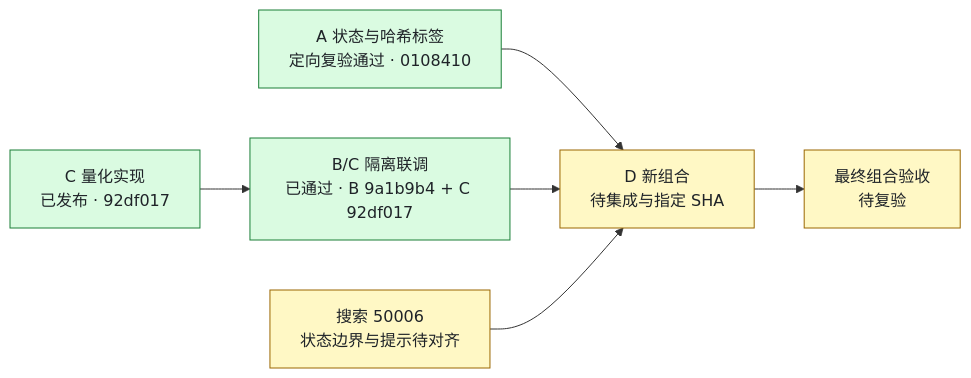
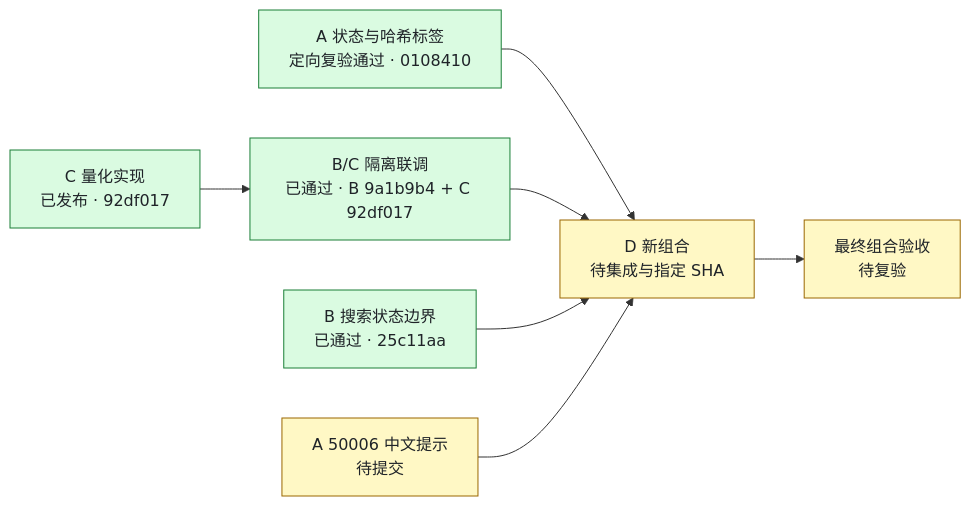
Before and after one commit to 27ye/ai-quant-platform: the diagram in docs/C_PROGRESS.md, drawn with Mermaid. The commit also changed other lines of this file and 7 other files, not shown here.

````diff
--- a/docs/C_PROGRESS.md
+++ b/docs/C_PROGRESS.md
@@ -9,12 +9,13 @@
 ```mermaid
 flowchart LR
     C["C 量化实现<br/>已发布 · 92df017"] --> BC["B/C 隔离联调<br/>已通过 · B 9a1b9b4 + C 92df017"]
     A["A 状态与哈希标签<br/>定向复验通过 · 0108410"] --> D["D 新组合<br/>待集成与指定 SHA"]
     BC --> D
-    S["搜索 50006<br/>状态边界与提示待对齐"] --> D
+    S["B 搜索状态边界<br/>已通过 · 25c11aa"] --> D
+    P["A 50006 中文提示<br/>待提交"] --> D
     D --> F["最终组合验收<br/>待复验"]
     classDef done fill:#dafbe1,stroke:#1a7f37,color:#1f2328
     classDef pending fill:#fff8c5,stroke:#9a6700,color:#1f2328
-    class C,BC,A done
-    class S,D,F pending
+    class C,BC,A,S done
+    class P,D,F pending
 ```
````
